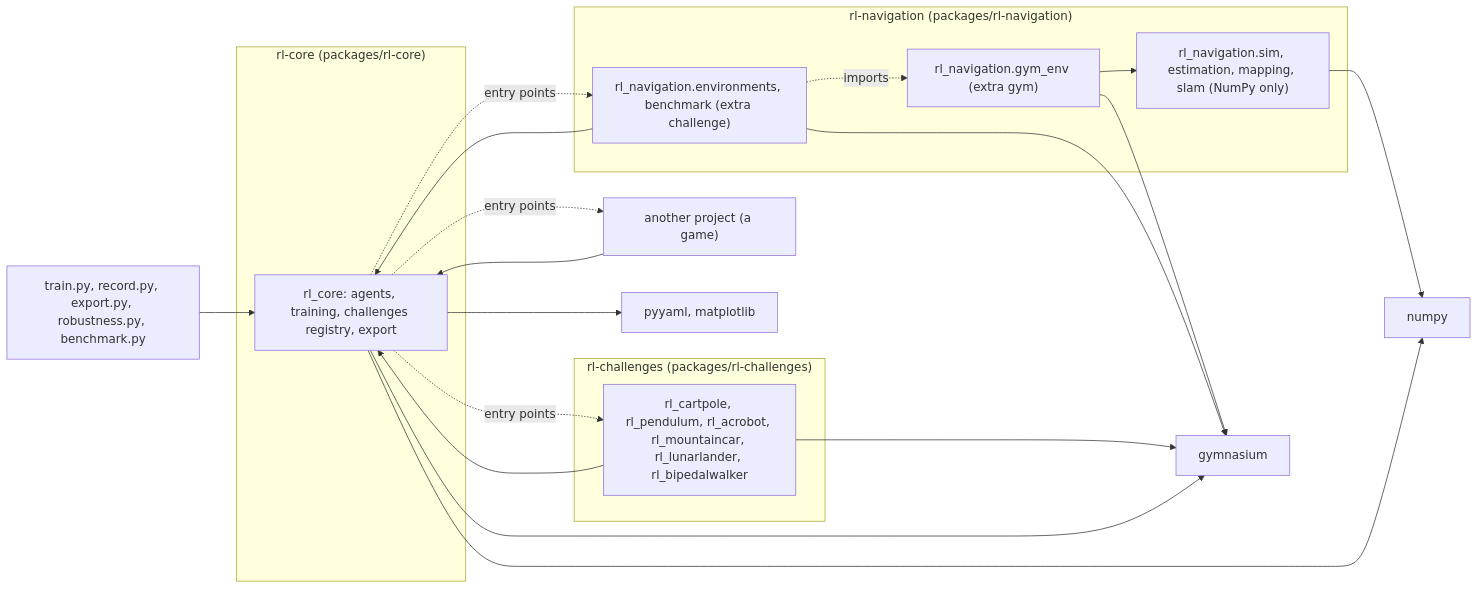
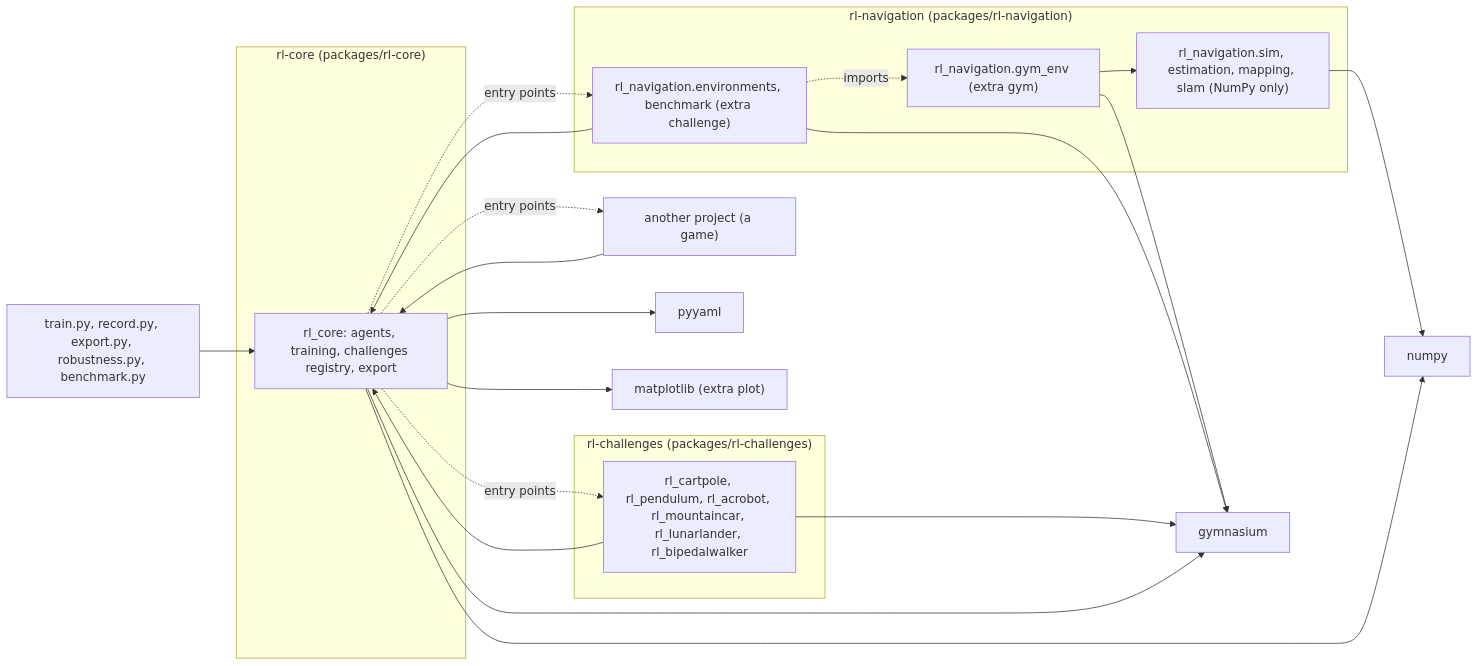
The first of 4 diagrams in ARCHITECTURE.md (andreijw/AI), drawn with Mermaid before and after one commit. The commit also changed other lines of this file and 32 other files, not shown here.

Commit message:
feat(core)!: matplotlib becomes the rl-core[plot] extra; plotting refuses up front without it

````diff
--- a/ARCHITECTURE.md
+++ b/ARCHITECTURE.md
@@ -68,33 +68,34 @@
 ```mermaid
 flowchart LR
     subgraph Core ["rl-core (packages/rl-core)"]
         RlCore["rl_core: agents, training, challenges registry, export"]
     end
     subgraph Nav ["rl-navigation (packages/rl-navigation)"]
         NavLib["rl_navigation.sim, estimation, mapping, slam (NumPy only)"]
         NavGym["rl_navigation.gym_env (extra gym)"]
         NavChallenge["rl_navigation.environments, benchmark (extra challenge)"]
     end
     subgraph Challenges ["rl-challenges (packages/rl-challenges)"]
         Classic["rl_cartpole, rl_pendulum, rl_acrobot, rl_mountaincar, rl_lunarlander, rl_bipedalwalker"]
     end
     Game["another project (a game)"]
     Scripts["train.py, record.py, export.py, robustness.py, benchmark.py"]
 
     NavLib --> NumPy["numpy"]
     NavGym --> NavLib
     NavGym --> Gymnasium["gymnasium"]
     NavChallenge -. imports .-> NavGym
     NavChallenge --> RlCore
     NavChallenge --> Gymnasium
     Classic --> RlCore
     Classic --> Gymnasium
     Game --> RlCore
     RlCore --> Gymnasium
     RlCore --> NumPy
-    RlCore --> Other["pyyaml, matplotlib"]
+    RlCore --> Other["pyyaml"]
+    RlCore --> Matplotlib["matplotlib (extra plot)"]
     Scripts --> RlCore
     RlCore -. entry points .-> Classic
     RlCore -. entry points .-> NavChallenge
     RlCore -. entry points .-> Game
 ```
````
